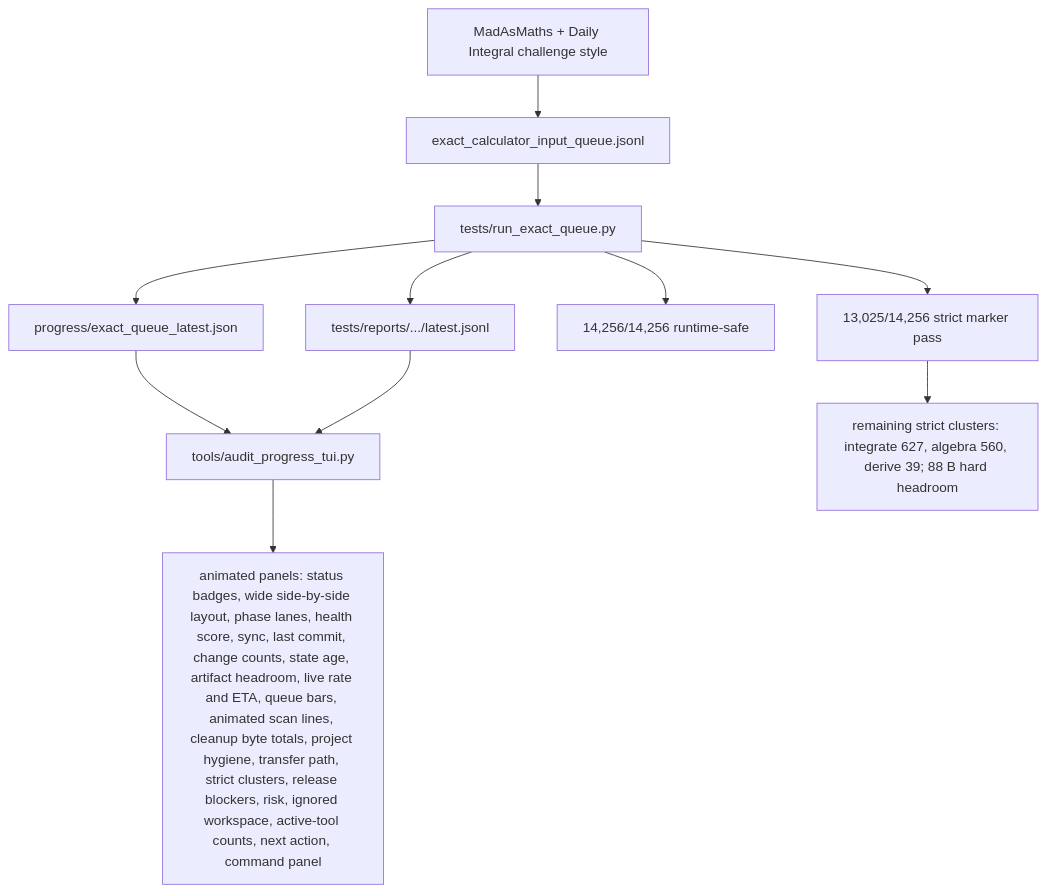
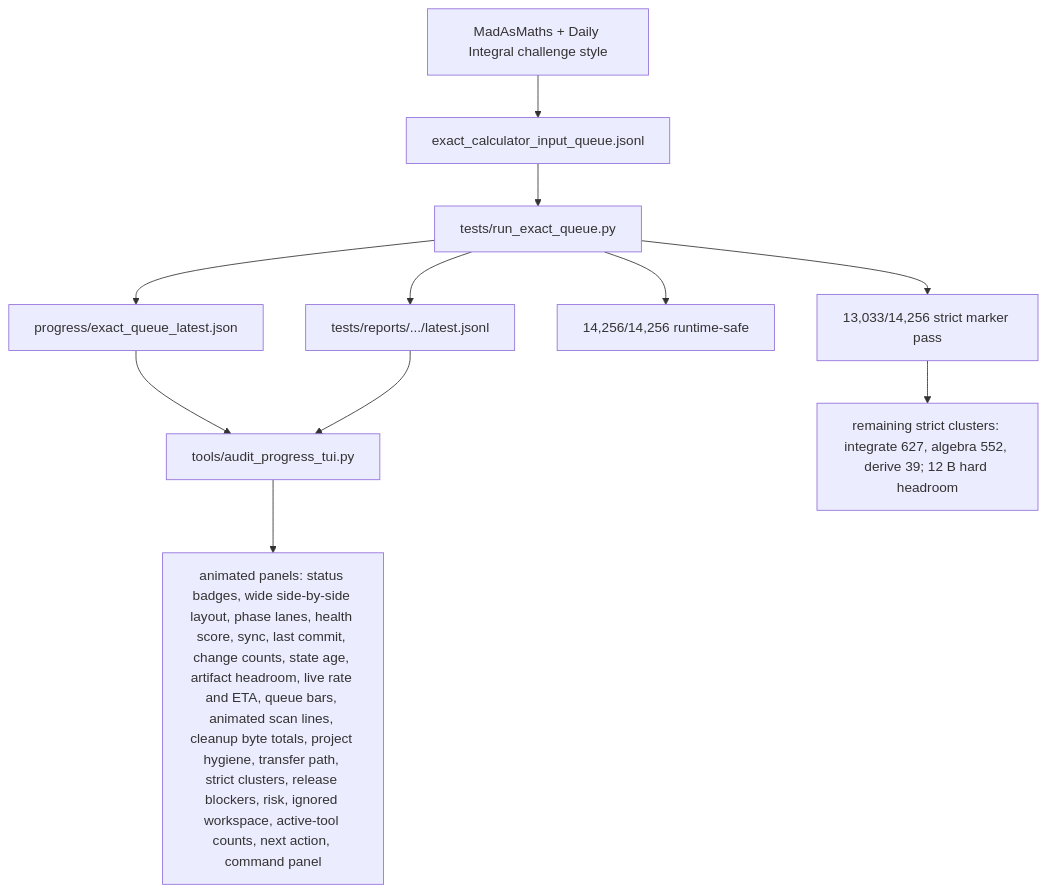
The fifth of 6 diagrams in docs/GRAPH.md (james8464/notes-addin-casio-fx-cg50), drawn with Mermaid before and after one commit. The commit also changed other lines of this file and 4 other files, not shown here.

````diff
--- a/docs/GRAPH.md
+++ b/docs/GRAPH.md
@@ -60,13 +60,13 @@
 ```mermaid
 graph TD
   Online["MadAsMaths + Daily Integral challenge style"] --> Queue["exact_calculator_input_queue.jsonl"]
   Queue --> Runner["tests/run_exact_queue.py"]
   Runner --> Live["progress/exact_queue_latest.json"]
   Runner --> Report["tests/reports/.../latest.jsonl"]
   Live --> TUI["tools/audit_progress_tui.py"]
   Report --> TUI
   TUI --> Panels["animated panels: status badges, wide side-by-side layout, phase lanes, health score, sync, last commit, change counts, state age, artifact headroom, live rate and ETA, queue bars, animated scan lines, cleanup byte totals, project hygiene, transfer path, strict clusters, release blockers, risk, ignored workspace, active-tool counts, next action, command panel"]
   Runner --> Runtime["14,256/14,256 runtime-safe"]
-  Runner --> Strict["13,025/14,256 strict marker pass"]
-  Strict --> Remaining["remaining strict clusters: integrate 627, algebra 560, derive 39; 88 B hard headroom"]
+  Runner --> Strict["13,033/14,256 strict marker pass"]
+  Strict --> Remaining["remaining strict clusters: integrate 627, algebra 552, derive 39; 12 B hard headroom"]
 ```
````
